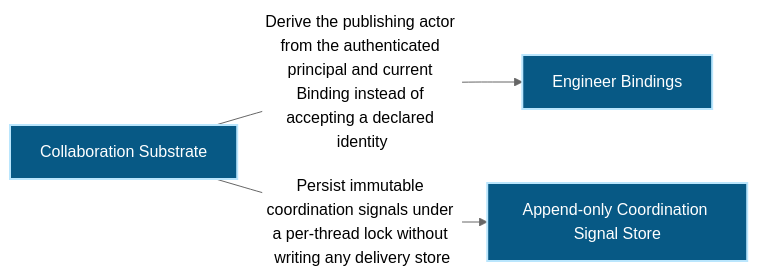
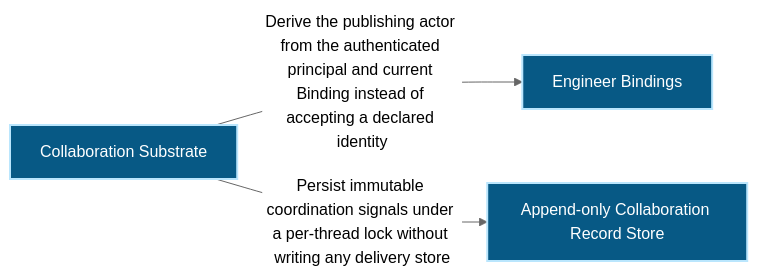
One commit to Ancienttwo/repo-harness changed the first of 3 diagrams in docs/architecture/modules/runtime-harness/collaboration.md. Above: the diagram before and after it, drawn with Mermaid (neutral theme). The commit also changed other lines of this file and 37 other files, not shown here.

````diff
--- a/docs/architecture/modules/runtime-harness/collaboration.md
+++ b/docs/architecture/modules/runtime-harness/collaboration.md
@@ -16,12 +16,12 @@
 ```mermaid
 flowchart LR
   p1_capability_runtime_harness_collaboration_5265febf["Collaboration Substrate"]:::component
   p1_capability_runtime_harness_engineer_bindings_34c00f72["Engineer Bindings"]:::component
-  p1_component_collaboration_primary_9383ae07["Append-only Coordination Signal Store"]:::component
+  p1_component_collaboration_primary_9383ae07["Append-only Collaboration Record Store"]:::component
   p1_capability_runtime_harness_collaboration_5265febf -->|"Derive the publishing actor from the authenticated principal and current Binding instead of accepting a declared identity"| p1_capability_runtime_harness_engineer_bindings_34c00f72
   p1_capability_runtime_harness_collaboration_5265febf -->|"Persist immutable coordination signals under a per-thread lock without writing any delivery store"| p1_component_collaboration_primary_9383ae07
   classDef actor fill:#111827,color:#ffffff,stroke:#f9fafb,stroke-width:2px
   classDef component fill:#075985,color:#ffffff,stroke:#bae6fd,stroke-width:2px
   classDef datastore fill:#3f6212,color:#ffffff,stroke:#d9f99d,stroke-width:2px
   classDef external fill:#7c2d12,color:#ffffff,stroke:#fed7aa,stroke-width:2px
 ```
````
